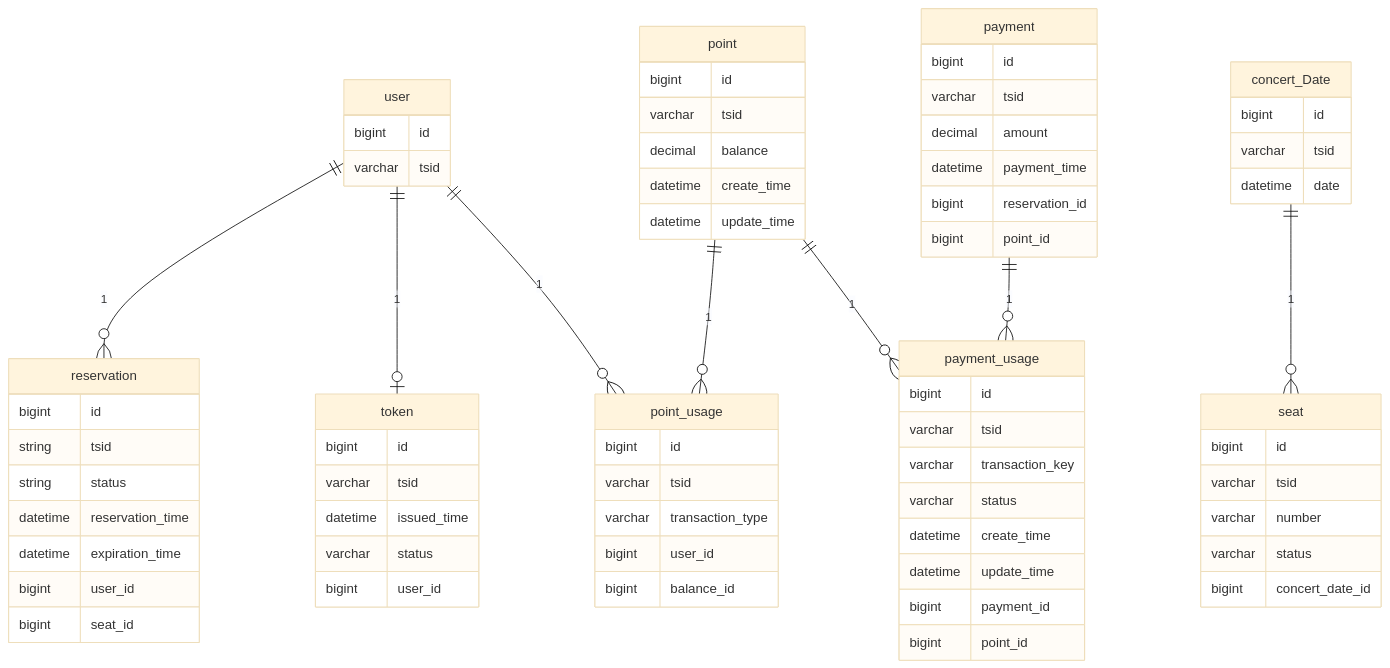
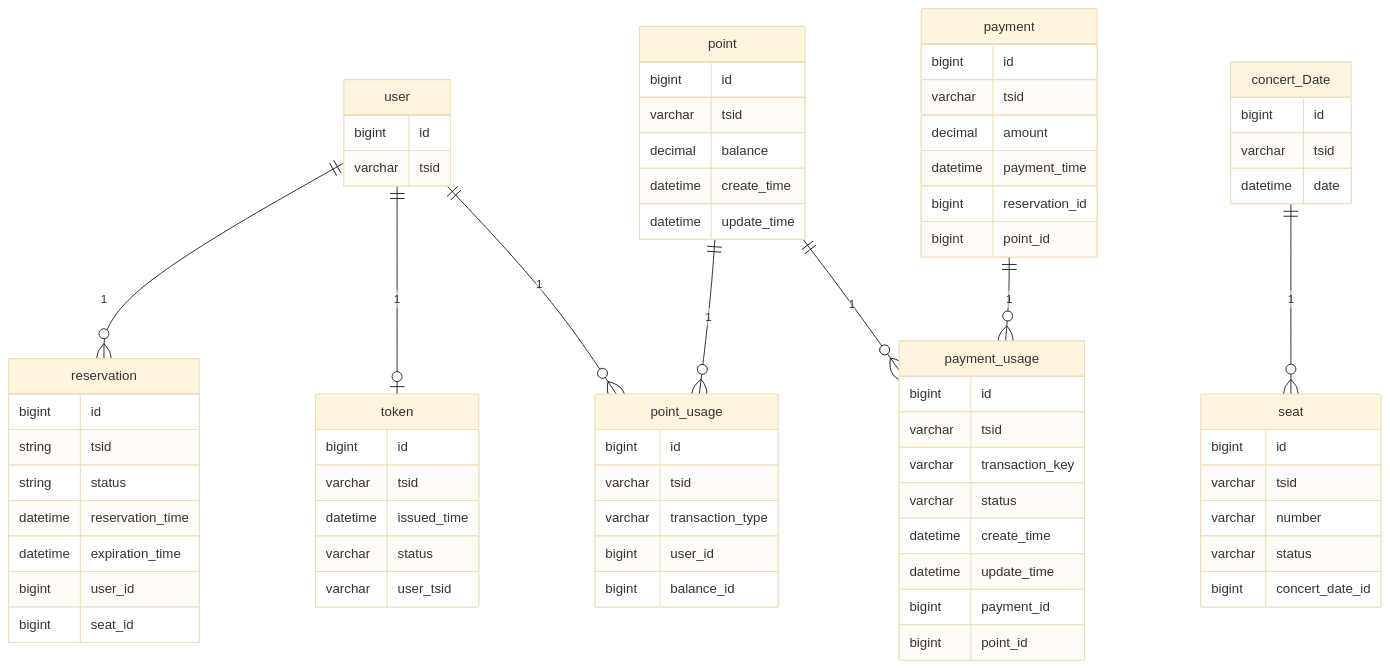
The third of 3 diagrams in README.MD (wanniDev/ticket), drawn with Mermaid (base theme) before and after one commit. The commit also changed 6 other files, not shown here.

````diff
--- a/README.MD
+++ b/README.MD
@@ -351,79 +351,79 @@
 ```mermaid
 erDiagram
     user {
         bigint id
         varchar tsid
     }
     point {
       bigint id
       varchar tsid
       decimal balance
       datetime create_time
       datetime update_time
     }
     point_usage {
       bigint id
       varchar tsid
       varchar transaction_type
       bigint user_id
       bigint balance_id
     }
     token {
         bigint id
         varchar tsid
         datetime issued_time
         varchar status
-        bigint user_id
+        varchar user_tsid
     }
     concert_Date {
         bigint id
         varchar tsid
         datetime date
     }
     
     seat { 
         bigint id
         varchar tsid
         varchar number
         varchar status
         bigint concert_date_id
     }
 
     reservation {
         bigint id
         string tsid
         string status
         datetime reservation_time
         datetime expiration_time
         bigint user_id
         bigint seat_id
     }
     
     payment {
         bigint id
         varchar tsid
         decimal amount
         datetime payment_time
         bigint reservation_id
         bigint point_id
     }
     
     payment_usage {
         bigint id
         varchar tsid
         varchar transaction_key
         varchar status
         datetime create_time
         datetime update_time
         bigint payment_id
         bigint point_id
     }
     
     point ||--o{ payment_usage : "1"
     payment ||--o{ payment_usage : "1"
     point ||--o{ point_usage : "1"
     user ||--o{ point_usage : "1"
     user ||--o| token : "1"
     user ||--o{ reservation : "1"
     concert_Date ||--o{ seat : "1"
 ```
````
